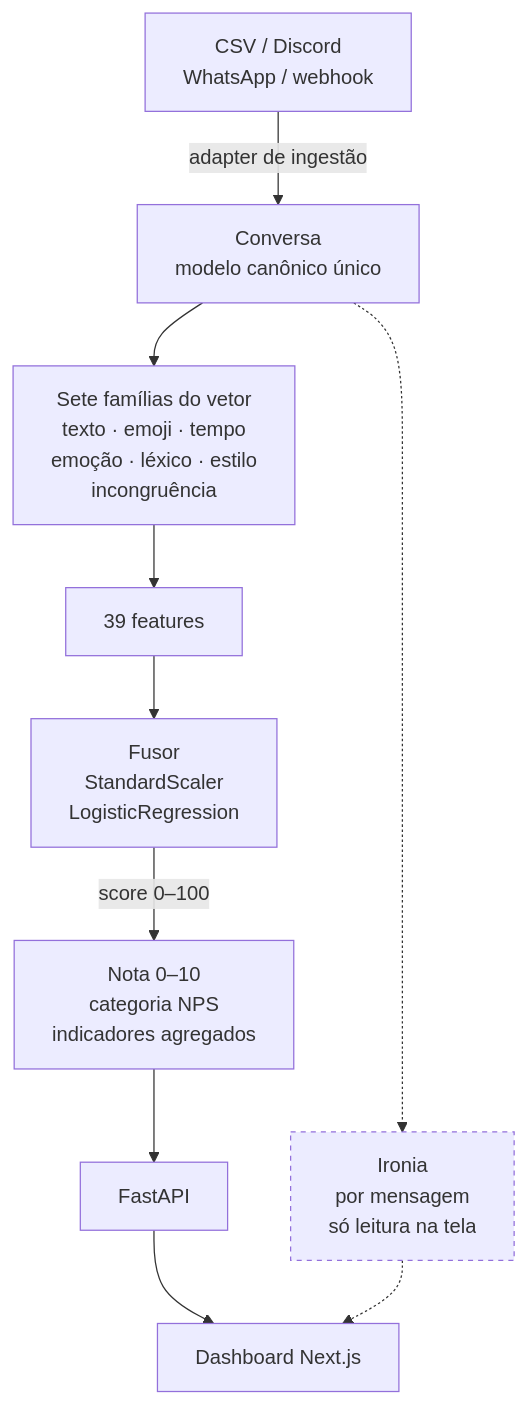
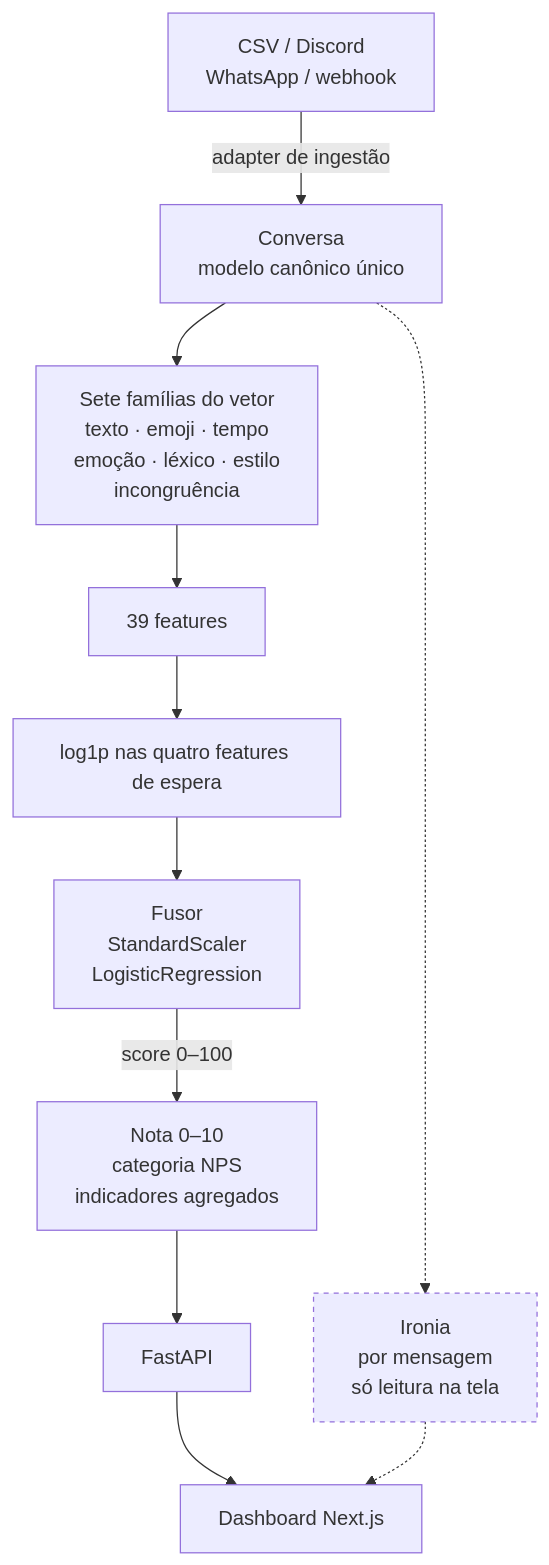
Before and after one commit to Joao-Tavares0312/Fraus: the first of 3 diagrams in docs/arquitetura.md, drawn with Mermaid. The commit also changed other lines of this file and 26 other files, not shown here.

````diff
--- a/docs/arquitetura.md
+++ b/docs/arquitetura.md
@@ -3,13 +3,14 @@
 ```mermaid
 flowchart TD
     A["CSV / Discord<br/>WhatsApp / webhook"] -->|"adapter de ingestão"| B["Conversa<br/>modelo canônico único"]
     B --> S["Sete famílias do vetor<br/>texto · emoji · tempo<br/>emoção · léxico · estilo<br/>incongruência"]
     B -.-> I["Ironia<br/>por mensagem<br/>só leitura na tela"]
     S --> V["39 features"]
-    V --> F["Fusor<br/>StandardScaler<br/>LogisticRegression"]
+    V --> L["log1p nas quatro features de espera"]
+    L --> F["Fusor<br/>StandardScaler<br/>LogisticRegression"]
     F -->|"score 0–100"| N["Nota 0–10<br/>categoria NPS<br/>indicadores agregados"]
     N --> API["FastAPI"]
     API --> D["Dashboard Next.js"]
     I -.-> D
     style I stroke-dasharray: 4 4
 ```
````
